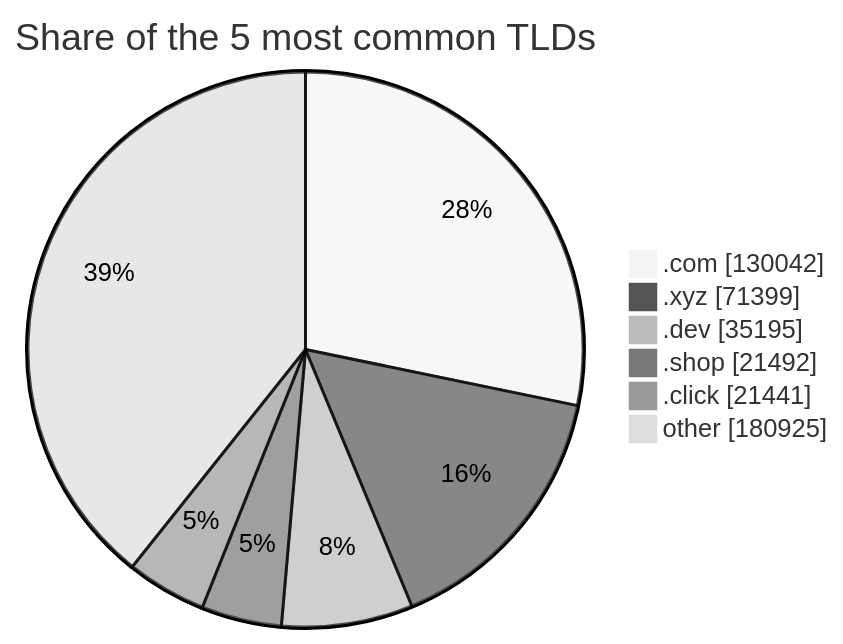
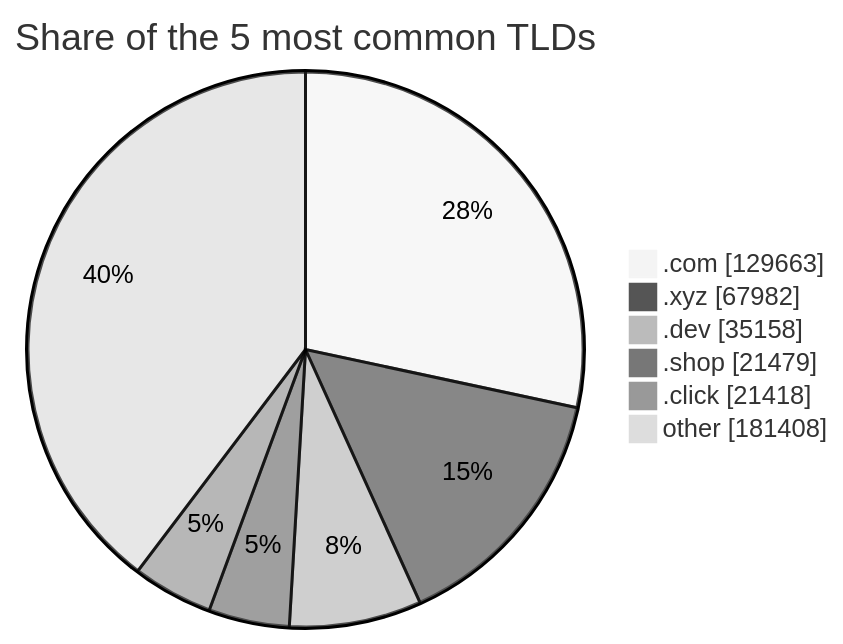
The third of 3 diagrams in README.md (DNSBunker/CTI), drawn with Mermaid (neutral theme) before and after one commit. The commit also changed other lines of this file and 3 other files, not shown here.

````diff
--- a/README.md
+++ b/README.md
@@ -81,9 +81,9 @@
 ```mermaid
 pie showData title Share of the 5 most common TLDs
-    ".com" : 130042
-    ".xyz" : 71399
-    ".dev" : 35195
-    ".shop" : 21492
-    ".click" : 21441
-    "other" : 180925
+    ".com" : 129663
+    ".xyz" : 67982
+    ".dev" : 35158
+    ".shop" : 21479
+    ".click" : 21418
+    "other" : 181408
 ```
````
